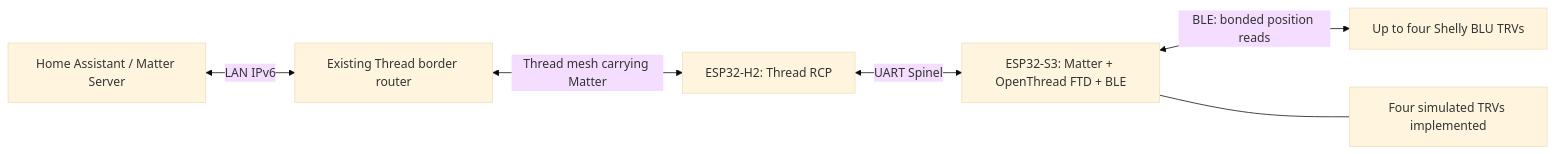
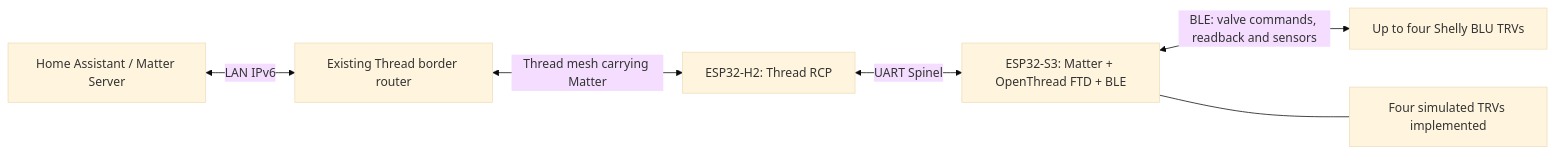
One commit to acuiuli/shelly-blu-matter-bridge changed the diagram in README.md. Above: the diagram before and after it, drawn with Mermaid (base theme). The commit also changed other lines of this file and 13 other files, not shown here.

Commit message:
Report measured temperature and battery from enrolled BLU TRVs

````diff
--- a/README.md
+++ b/README.md
@@ -23,8 +23,8 @@
 ```mermaid
 flowchart LR
     HA[Home Assistant / Matter Server] <-->|LAN IPv6| BR[Existing Thread border router]
     BR <-->|Thread mesh carrying Matter| H2[ESP32-H2: Thread RCP]
     H2 <-->|UART Spinel| S3[ESP32-S3: Matter + OpenThread FTD + BLE]
-    S3 <-->|BLE: bonded position reads| TRV[Up to four Shelly BLU TRVs]
+    S3 <-->|BLE: valve commands, readback and sensors| TRV[Up to four Shelly BLU TRVs]
     S3 --- SIM[Four simulated TRVs implemented]
 ```
````
